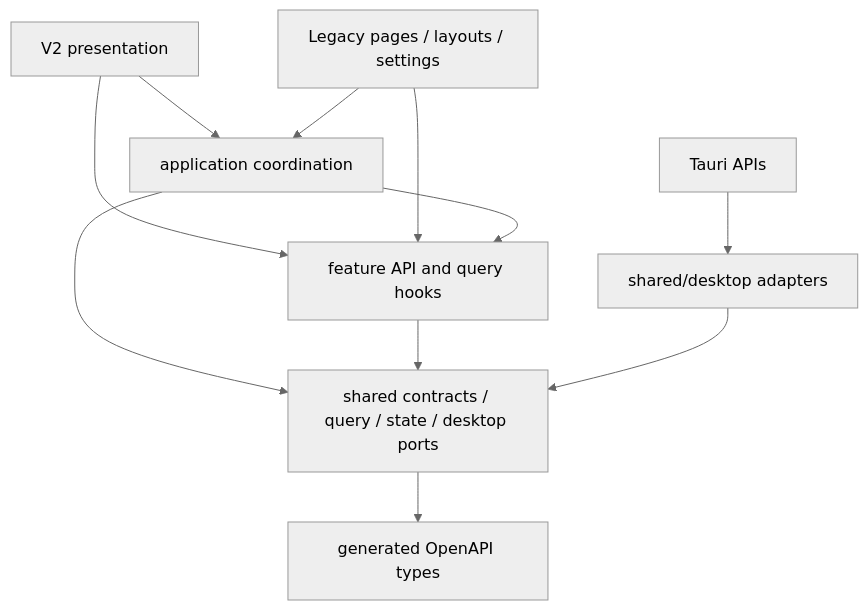
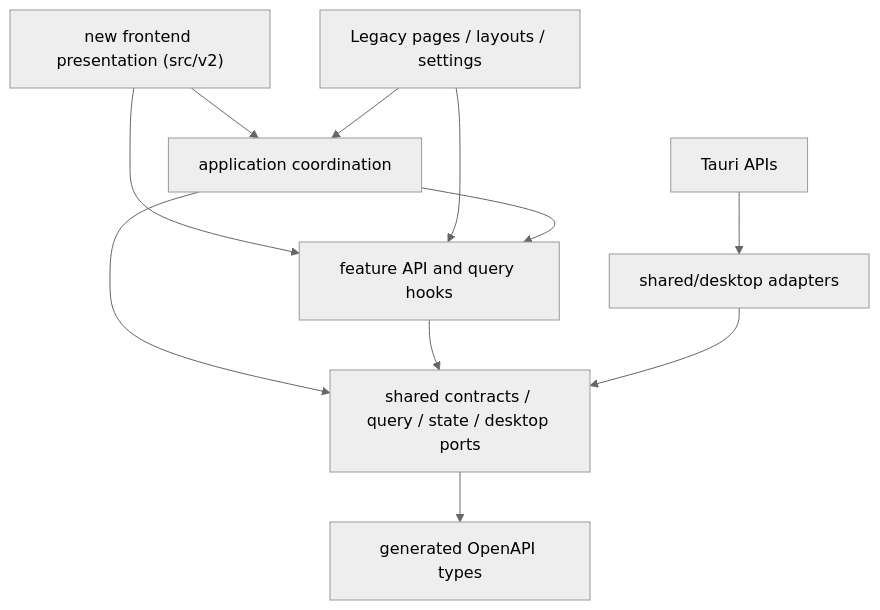
One commit to Xuness/dataset-annotation-studio changed the diagram in docs/frontend-v2-architecture.md. Above: the diagram before and after it, drawn with Mermaid (neutral theme). The commit also changed other lines of this file and 20 other files, not shown here.

````diff
--- a/docs/frontend-v2-architecture.md
+++ b/docs/frontend-v2-architecture.md
@@ -32,13 +93,13 @@
 ```mermaid
 flowchart TB
-    V2["V2 presentation"] --> Application["application coordination"]
+    NewFrontend["new frontend presentation (src/v2)"] --> Application["application coordination"]
     Legacy["Legacy pages / layouts / settings"] --> Application
-    V2 --> Features["feature API and query hooks"]
+    NewFrontend --> Features["feature API and query hooks"]
     Legacy --> Features
     Application --> Features
     Application --> Shared["shared contracts / query / state / desktop ports"]
     Features --> Shared
     Shared --> Generated["generated OpenAPI types"]
     Desktop["Tauri APIs"] --> Ports["shared/desktop adapters"]
     Ports --> Shared
 ```
````
